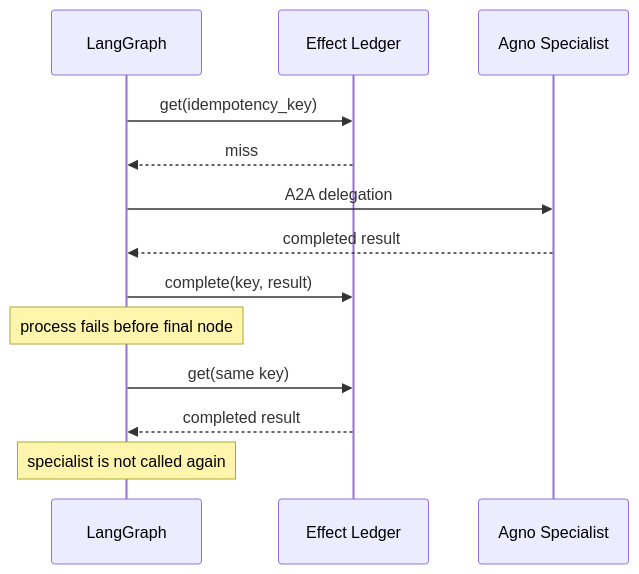
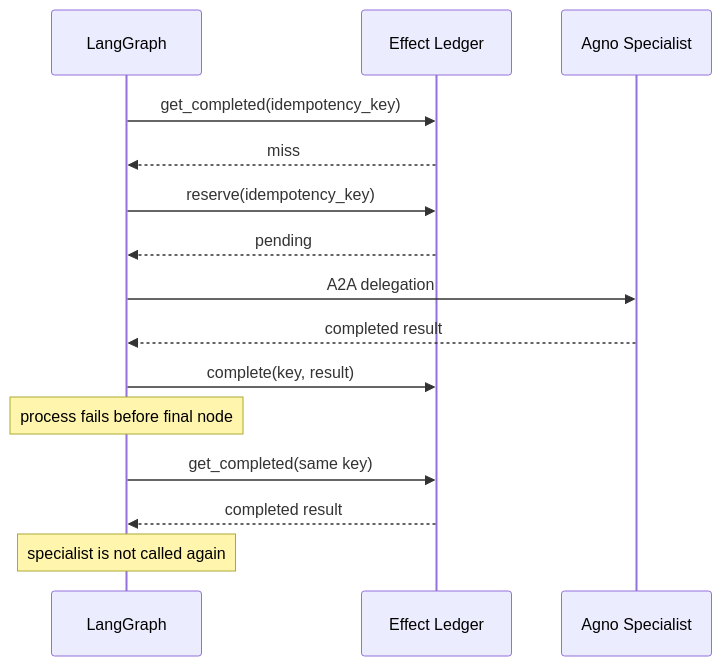
One commit to brunovicco/agent-runtime-boundaries-lab changed the second of 2 diagrams in docs/ARCHITECTURE.md. Above: the diagram before and after it, drawn with Mermaid. The commit also changed other lines of this file and 45 other files, not shown here.

````diff
--- a/docs/ARCHITECTURE.md
+++ b/docs/ARCHITECTURE.md
@@ -53,16 +58,18 @@
 ```mermaid
 sequenceDiagram
     participant LG as LangGraph
     participant L as Effect Ledger
     participant A as Agno Specialist
 
-    LG->>L: get(idempotency_key)
+    LG->>L: get_completed(idempotency_key)
     L-->>LG: miss
+    LG->>L: reserve(idempotency_key)
+    L-->>LG: pending
     LG->>A: A2A delegation
     A-->>LG: completed result
     LG->>L: complete(key, result)
     Note over LG: process fails before final node
-    LG->>L: get(same key)
+    LG->>L: get_completed(same key)
     L-->>LG: completed result
     Note over LG: specialist is not called again
 ```
````
